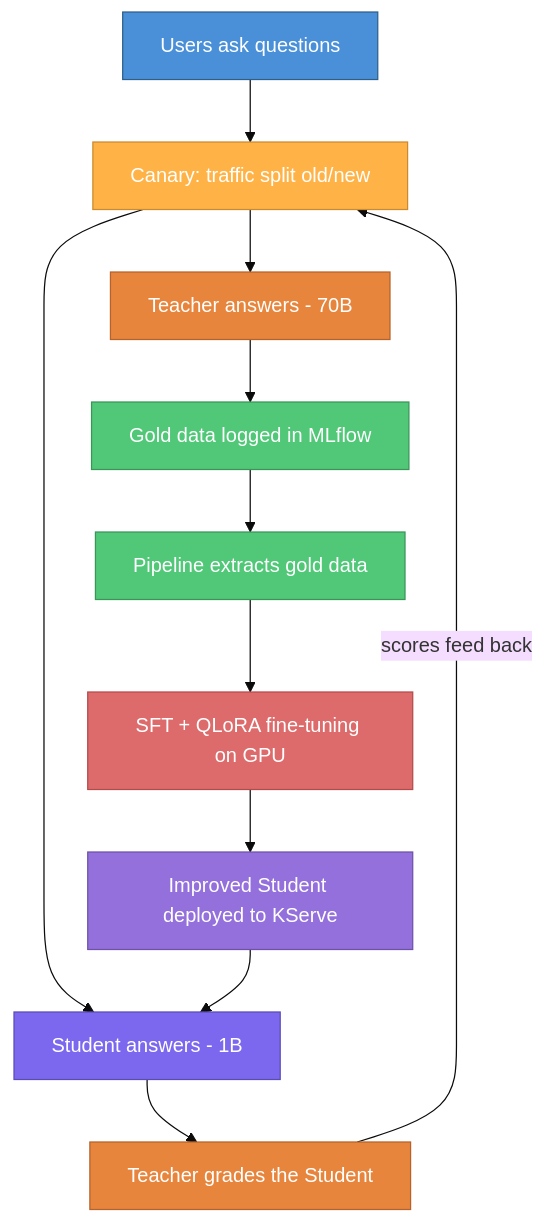
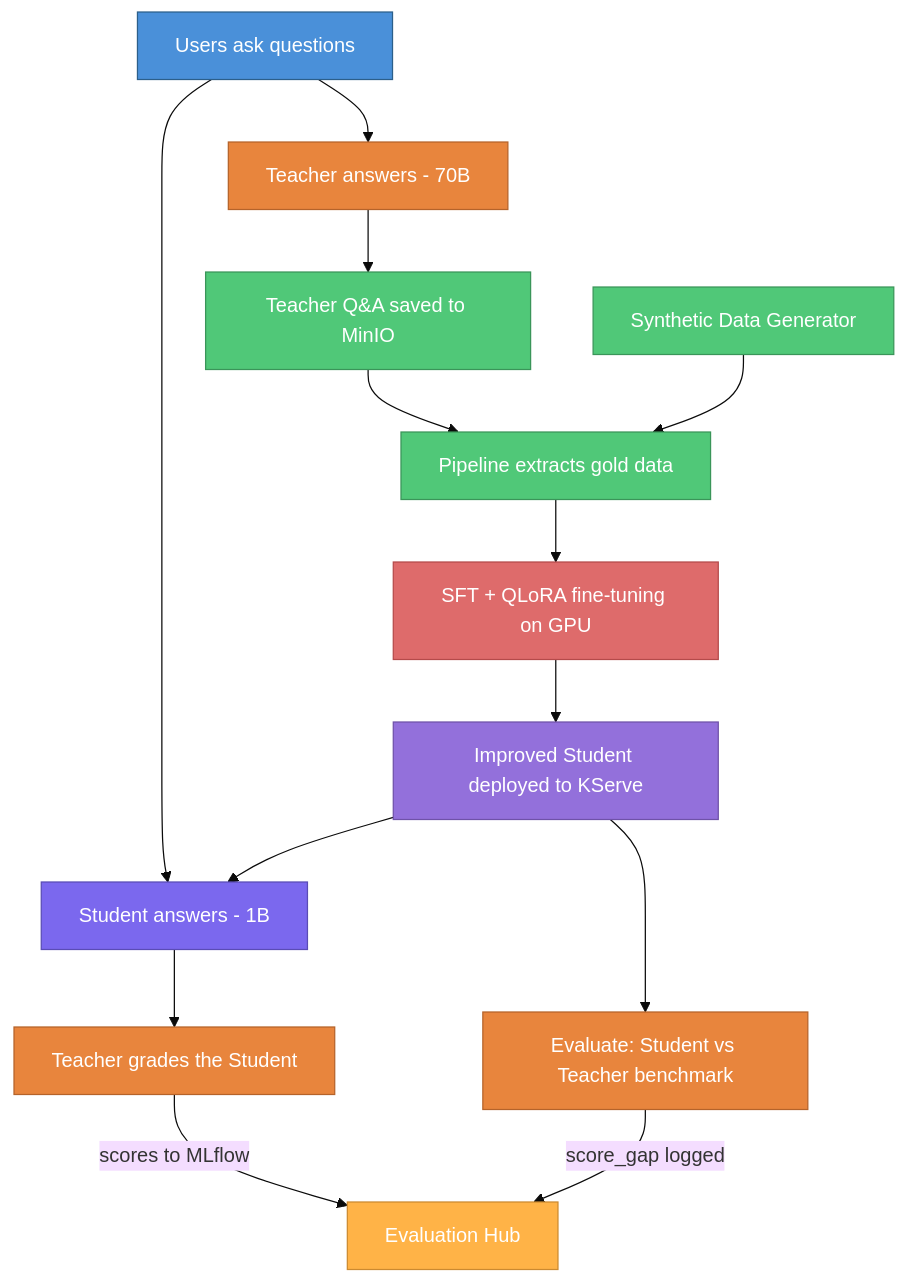
The diagram in docs/executive-summary.md (Sridhar1030/AgentBuilder), drawn with Mermaid (base theme) before and after one commit. The commit also changed other lines of this file and 8 other files, not shown here.

Commit message:
added proper evaluation and minio segration for teacher traces and synthetic data generation script

````diff
--- a/docs/executive-summary.md
+++ b/docs/executive-summary.md
@@ -89,23 +134,27 @@
 ```mermaid
 graph TD
-    A[Users ask questions] --> K[Canary: traffic split old/new]
-    K --> B[Teacher answers - 70B]
-    K --> C[Student answers - 1B]
-    B --> D[Gold data logged in MLflow]
+    A[Users ask questions] --> B[Teacher answers - 70B]
+    A --> C[Student answers - 1B]
+    B --> D[Teacher Q&A saved to MinIO]
     C --> E[Teacher grades the Student]
-    E -->|scores feed back| K
+    E -->|scores to MLflow| M[Evaluation Hub]
     D --> F[Pipeline extracts gold data]
+    S[Synthetic Data Generator] --> F
     F --> G[SFT + QLoRA fine-tuning on GPU]
     G --> H[Improved Student deployed to KServe]
+    H --> I[Evaluate: Student vs Teacher benchmark]
+    I -->|score_gap logged| M
     H --> C
 
-    style K fill:#FFB347,stroke:#CC8A30,color:#fff
     style A fill:#4A90D9,stroke:#2C5F8A,color:#fff
     style B fill:#E8853D,stroke:#B5632A,color:#fff
     style C fill:#7B68EE,stroke:#5A4CB5,color:#fff
     style D fill:#50C878,stroke:#3A9559,color:#fff
     style E fill:#E8853D,stroke:#B5632A,color:#fff
     style F fill:#50C878,stroke:#3A9559,color:#fff
+    style S fill:#50C878,stroke:#3A9559,color:#fff
     style G fill:#DE6B6B,stroke:#B54A4A,color:#fff
     style H fill:#9370DB,stroke:#6F52A8,color:#fff
+    style I fill:#E8853D,stroke:#B5632A,color:#fff
+    style M fill:#FFB347,stroke:#CC8A30,color:#fff
 ```
````
